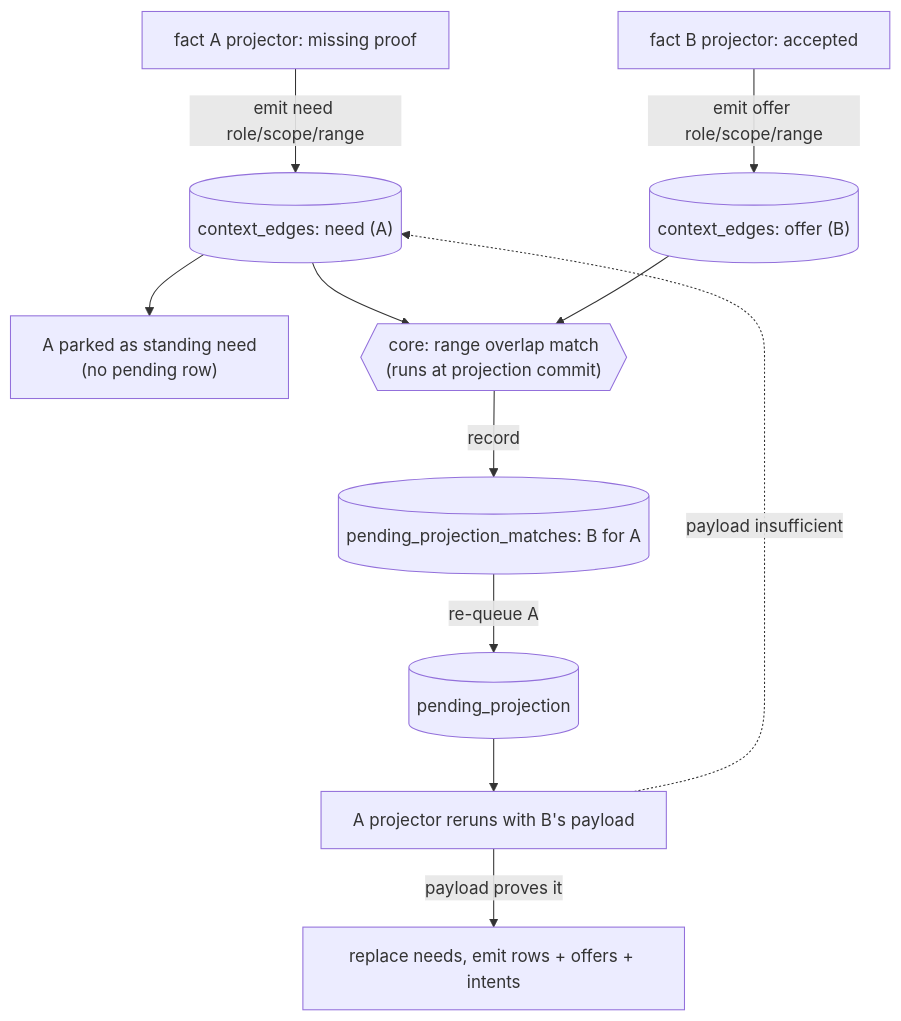
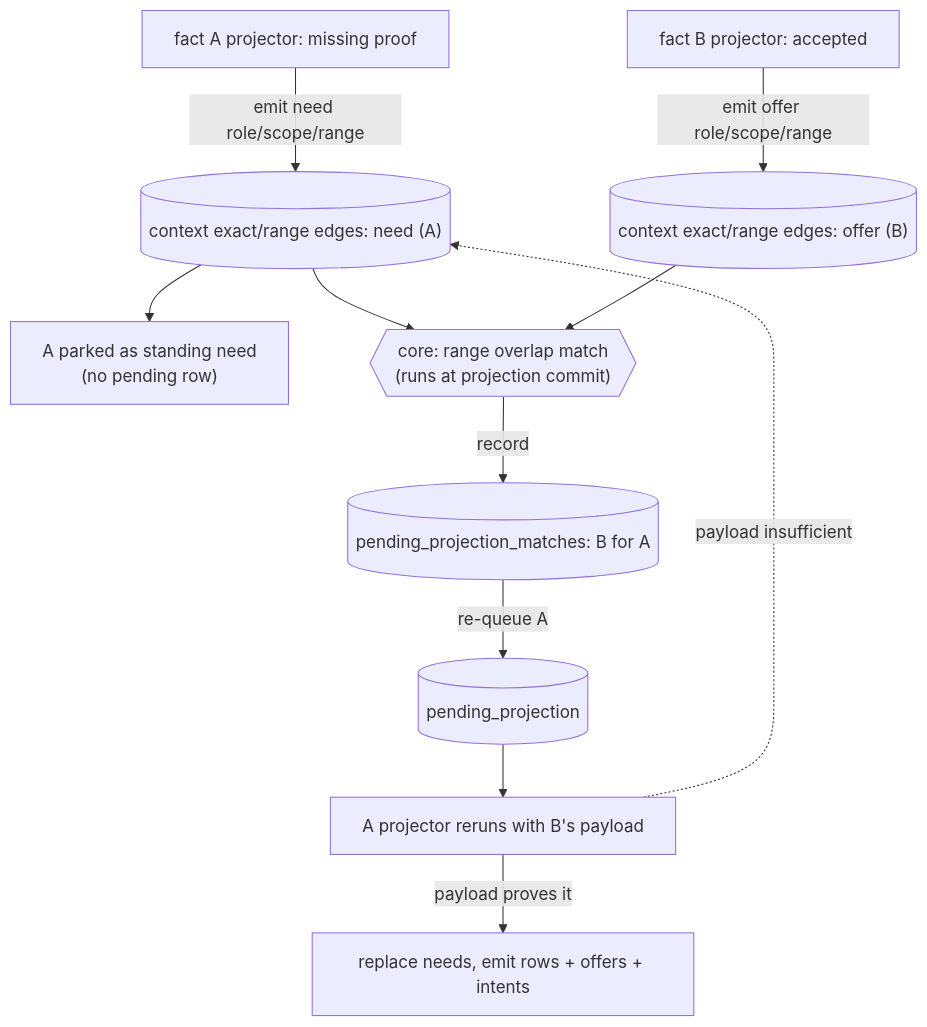
Before and after one commit to holmesworcester/poc-10: the seventh of 11 diagrams in ARCHITECTURE_DIAGRAMS.md, drawn with Mermaid. The commit also changed other lines of this file and 3 other files, not shown here.

Commit message:
Split exact and range context edges

````diff
--- a/ARCHITECTURE_DIAGRAMS.md
+++ b/ARCHITECTURE_DIAGRAMS.md
@@ -425,16 +426,16 @@
 ```mermaid
 %%{init: {"flowchart": {"wrappingWidth": 300}} }%%
 flowchart TD
-    A["fact A projector: missing proof"] -->|emit need role/scope/range| NEED[("context_edges: need (A)")]
+    A["fact A projector: missing proof"] -->|emit need role/scope/range| NEED[("context exact/range edges: need (A)")]
     NEED --> PARK["A parked as standing need<br/>(no pending row)"]
 
-    B["fact B projector: accepted"] -->|emit offer role/scope/range| OFFER[("context_edges: offer (B)")]
+    B["fact B projector: accepted"] -->|emit offer role/scope/range| OFFER[("context exact/range edges: offer (B)")]
 
     NEED --> MATCH{{"core: range overlap match<br/>(runs at projection commit)"}}
     OFFER --> MATCH
     MATCH -->|record| MATCHED[("pending_projection_matches: B for A")]
     MATCHED -->|re-queue A| PENDING[("pending_projection")]
     PENDING --> REPROJECT["A projector reruns with B's payload"]
     REPROJECT -->|payload proves it| OUT["replace needs, emit rows + offers + intents"]
     REPROJECT -.payload insufficient.-> NEED
 ```
````
